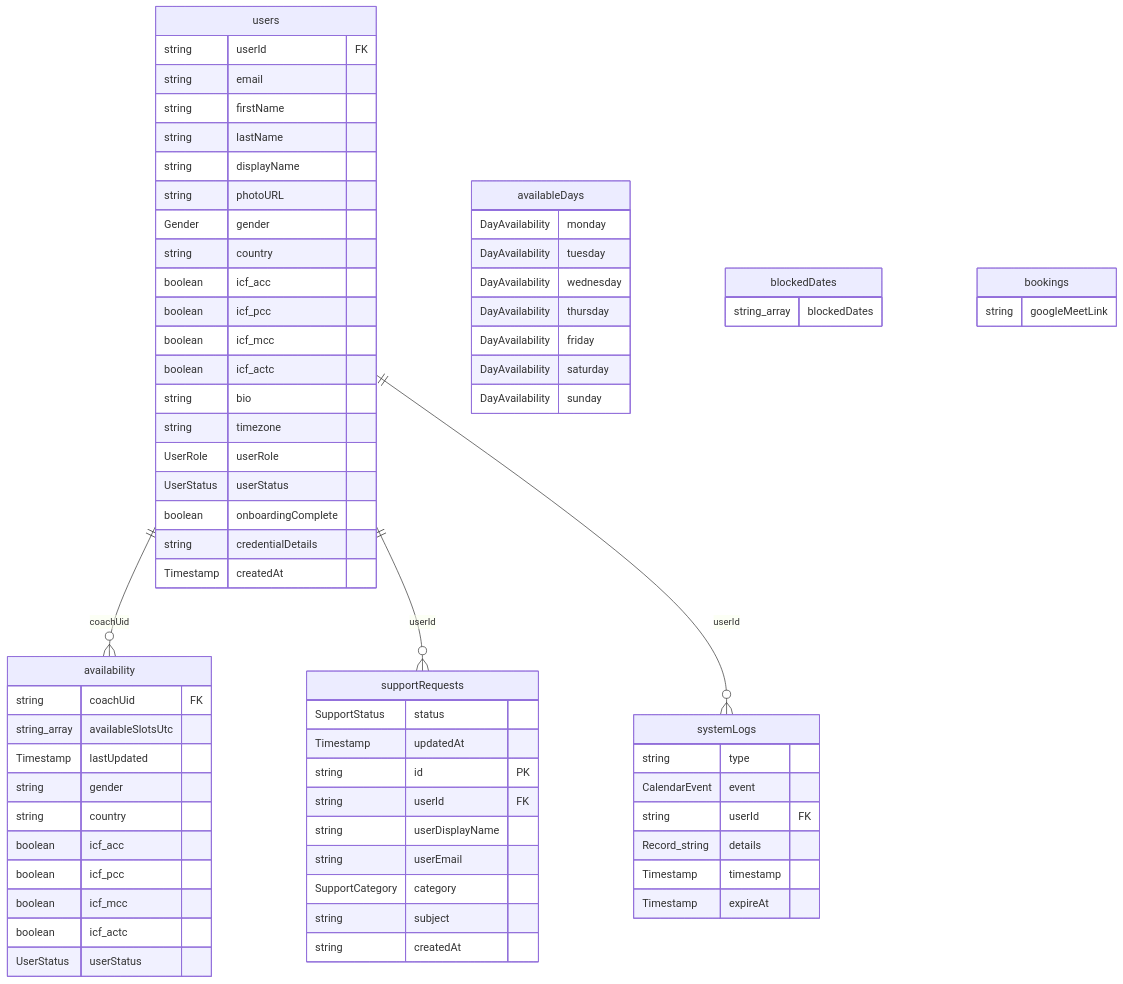
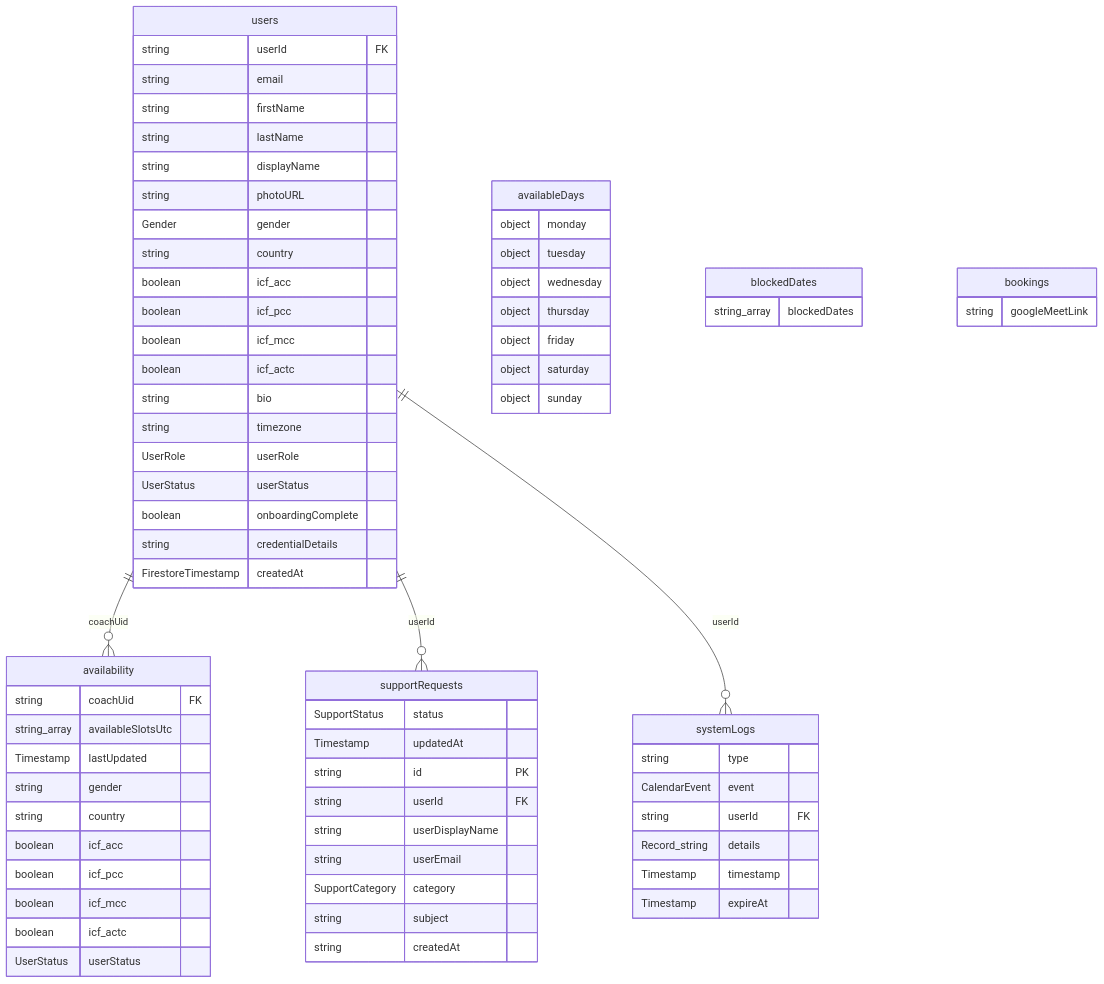
One commit to premkumar-masilamani/peer-coaching-network changed the diagram in docs/schema-erd.md. Above: the diagram before and after it, drawn with Mermaid. The commit also changed other lines of this file and 1 other file, not shown here.

Commit message:
fix: update generate-erd script paths for monorepo and regenerate ERD

````diff
--- a/docs/schema-erd.md
+++ b/docs/schema-erd.md
@@ -11,80 +11,80 @@
 ```mermaid
 erDiagram
     users ||--o{ availability : "coachUid"
     users ||--o{ supportRequests : "userId"
     users ||--o{ systemLogs : "userId"
 
     availability {
         string coachUid FK
         string_array availableSlotsUtc
         Timestamp lastUpdated
         string gender
         string country
         boolean icf_acc
         boolean icf_pcc
         boolean icf_mcc
         boolean icf_actc
         UserStatus userStatus
     }
 
     availableDays {
-        DayAvailability monday
-        DayAvailability tuesday
-        DayAvailability wednesday
-        DayAvailability thursday
-        DayAvailability friday
-        DayAvailability saturday
-        DayAvailability sunday
+        object monday
+        object tuesday
+        object wednesday
+        object thursday
+        object friday
+        object saturday
+        object sunday
     }
 
     blockedDates {
         string_array blockedDates
     }
 
     bookings {
         string googleMeetLink
     }
 
     supportRequests {
         SupportStatus status
         Timestamp updatedAt
         string id PK
         string userId FK
         string userDisplayName
         string userEmail
         SupportCategory category
         string subject
         string createdAt
     }
 
     systemLogs {
         string type
         CalendarEvent event
         string userId FK
         Record_string details
         Timestamp timestamp
         Timestamp expireAt
     }
 
     users {
         string userId FK
         string email
         string firstName
         string lastName
         string displayName
         string photoURL
         Gender gender
         string country
         boolean icf_acc
         boolean icf_pcc
         boolean icf_mcc
         boolean icf_actc
         string bio
         string timezone
         UserRole userRole
         UserStatus userStatus
         boolean onboardingComplete
         string credentialDetails
-        Timestamp createdAt
+        FirestoreTimestamp createdAt
     }
 ```
````
